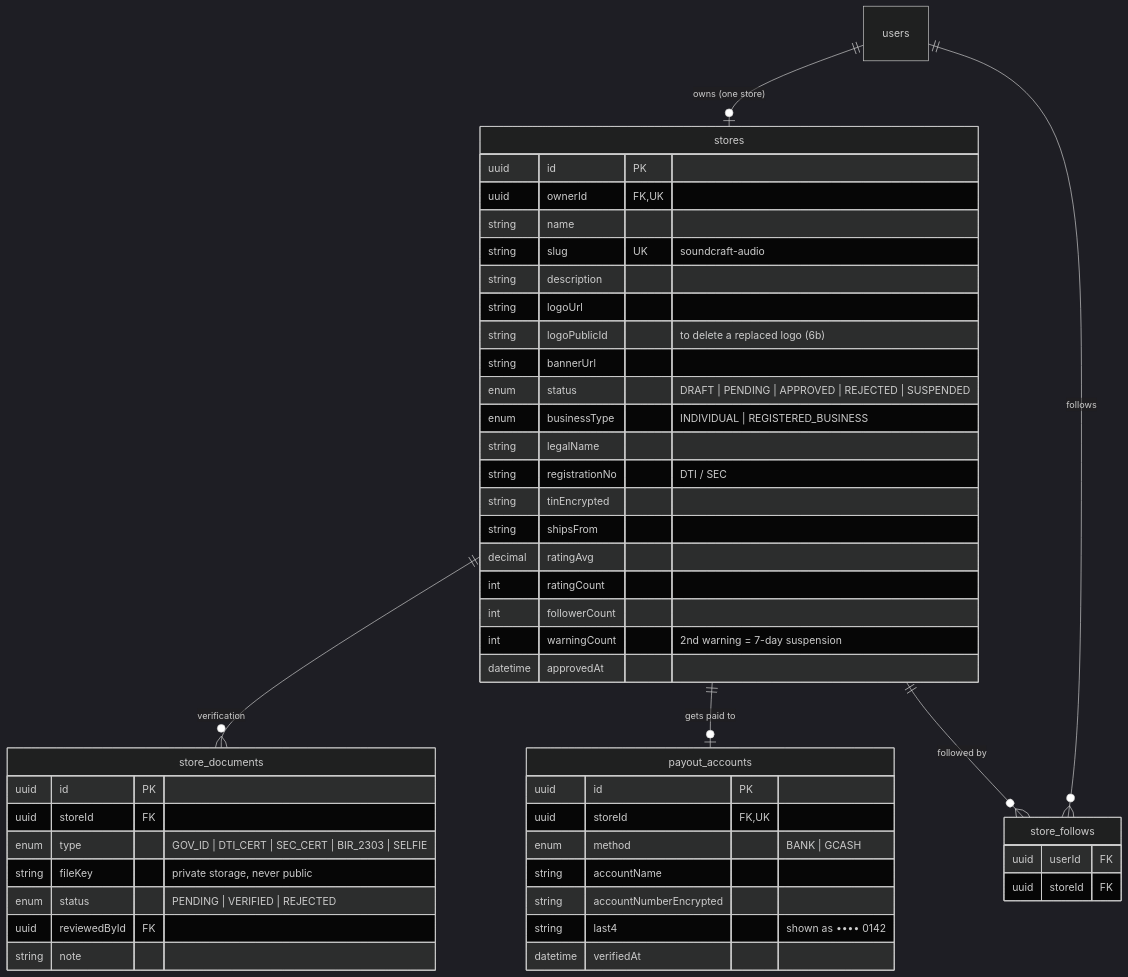
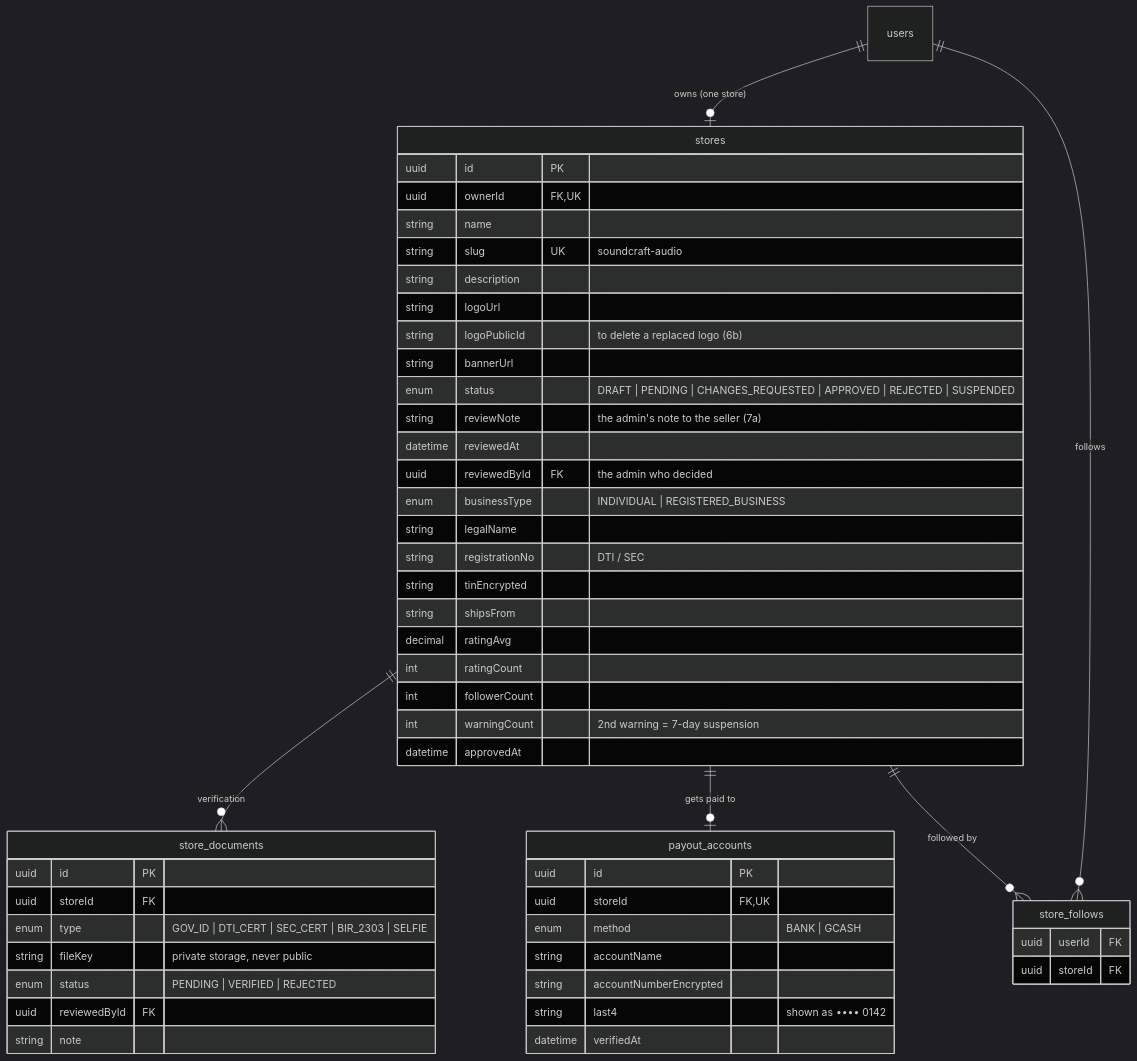
One commit to Justin-25/E-commerce-FullStack-project changed the second of 5 diagrams in backend/docs/database-design.md. Above: the diagram before and after it, drawn with Mermaid (dark theme). The commit also changed other lines of this file and 35 other files, not shown here.

First line of the commit message:
Add admin seller approvals, roles and audit log (milestone 7a)

````diff
--- a/backend/docs/database-design.md
+++ b/backend/docs/database-design.md
@@ -129,51 +130,54 @@
 ```mermaid
 erDiagram
   users ||--o| stores : "owns (one store)"
   stores ||--o{ store_documents : "verification"
   stores ||--o| payout_accounts : "gets paid to"
   users ||--o{ store_follows : "follows"
   stores ||--o{ store_follows : "followed by"
   stores {
     uuid id PK
     uuid ownerId FK,UK
     string name
     string slug UK "soundcraft-audio"
     string description
     string logoUrl
     string logoPublicId "to delete a replaced logo (6b)"
     string bannerUrl
-    enum status "DRAFT | PENDING | APPROVED | REJECTED | SUSPENDED"
+    enum status "DRAFT | PENDING | CHANGES_REQUESTED | APPROVED | REJECTED | SUSPENDED"
+    string reviewNote "the admin's note to the seller (7a)"
+    datetime reviewedAt
+    uuid reviewedById FK "the admin who decided"
     enum businessType "INDIVIDUAL | REGISTERED_BUSINESS"
     string legalName
     string registrationNo "DTI / SEC"
     string tinEncrypted
     string shipsFrom
     decimal ratingAvg
     int ratingCount
     int followerCount
     int warningCount "2nd warning = 7-day suspension"
     datetime approvedAt
   }
   store_documents {
     uuid id PK
     uuid storeId FK
     enum type "GOV_ID | DTI_CERT | SEC_CERT | BIR_2303 | SELFIE"
     string fileKey "private storage, never public"
     enum status "PENDING | VERIFIED | REJECTED"
     uuid reviewedById FK
     string note
   }
   payout_accounts {
     uuid id PK
     uuid storeId FK,UK
     enum method "BANK | GCASH"
     string accountName
     string accountNumberEncrypted
     string last4 "shown as •••• 0142"
     datetime verifiedAt
   }
   store_follows {
     uuid userId FK
     uuid storeId FK
   }
 ```
````
